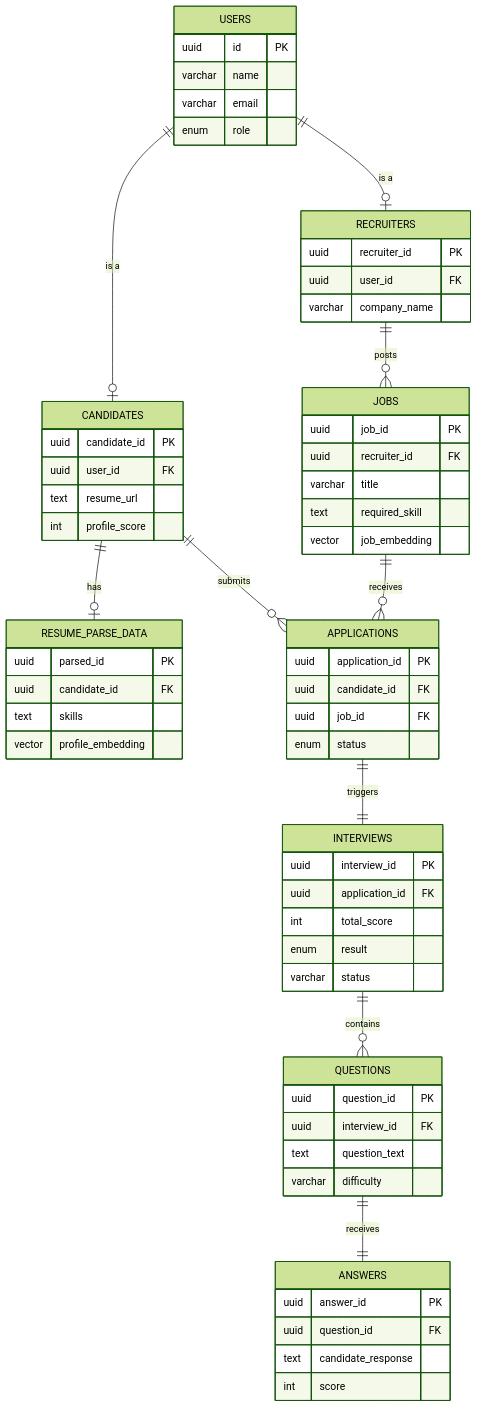
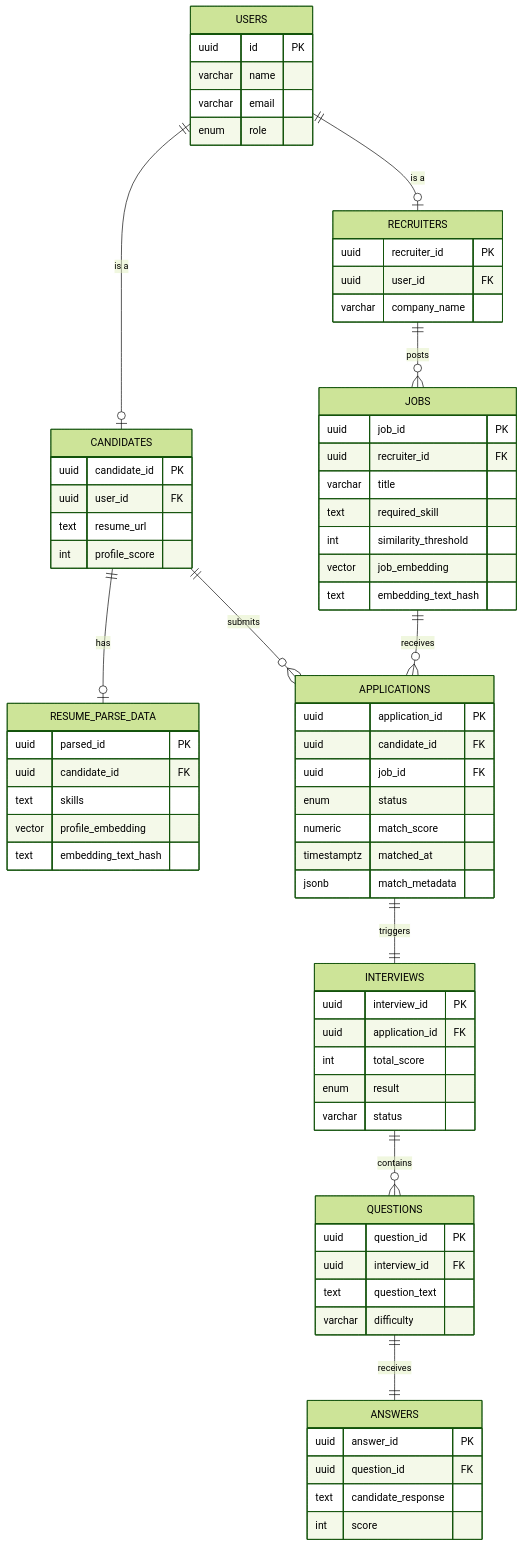
One commit to Maham-Javed/FYP_Project changed the diagram in rules/Database.md. Above: the diagram before and after it, drawn with Mermaid (forest theme). The commit also changed other lines of this file and 13 other files, not shown here.

Commit message:
feat: implement backend architecture with AI-powered embedding and matching service endpoints

````diff
--- a/rules/Database.md
+++ b/rules/Database.md
@@ -118,68 +130,74 @@
 ```mermaid
 erDiagram
     USERS ||--o| CANDIDATES : "is a"
     USERS ||--o| RECRUITERS : "is a"
     CANDIDATES ||--o| RESUME_PARSE_DATA : "has"
     CANDIDATES ||--o{ APPLICATIONS : "submits"
     RECRUITERS ||--o{ JOBS : "posts"
     JOBS ||--o{ APPLICATIONS : "receives"
     APPLICATIONS ||--|| INTERVIEWS : "triggers"
     INTERVIEWS ||--o{ QUESTIONS : "contains"
     QUESTIONS ||--|| ANSWERS : "receives"
     
     USERS {
         uuid id PK
         varchar name
         varchar email
         enum role
     }
     CANDIDATES {
         uuid candidate_id PK
         uuid user_id FK
         text resume_url
         int profile_score
     }
     RECRUITERS {
         uuid recruiter_id PK
         uuid user_id FK
         varchar company_name
     }
     JOBS {
         uuid job_id PK
         uuid recruiter_id FK
         varchar title
         text required_skill
+        int similarity_threshold
         vector job_embedding
+        text embedding_text_hash
     }
     APPLICATIONS {
         uuid application_id PK
         uuid candidate_id FK
         uuid job_id FK
         enum status
+        numeric match_score
+        timestamptz matched_at
+        jsonb match_metadata
     }
     INTERVIEWS {
         uuid interview_id PK
         uuid application_id FK
         int total_score
         enum result
         varchar status
     }
     QUESTIONS {
         uuid question_id PK
         uuid interview_id FK
         text question_text
         varchar difficulty
     }
     ANSWERS {
         uuid answer_id PK
         uuid question_id FK
         text candidate_response
         int score
     }
     RESUME_PARSE_DATA {
         uuid parsed_id PK
         uuid candidate_id FK
         text skills
         vector profile_embedding
+        text embedding_text_hash
     }
 ```
````
